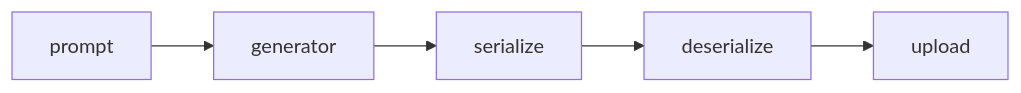
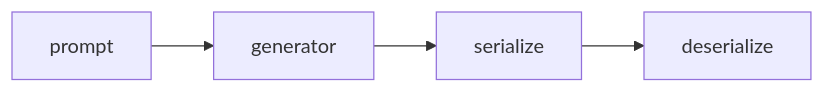
The diagram in README.md (mrVanDalo/nixos-artifacts), drawn with Mermaid before and after one commit. The commit also changed other lines of this file and 5 other files, not shown here.

````diff
--- a/README.md
+++ b/README.md
@@ -3,7 +3,6 @@
 ```mermaid
 graph LR
     A[prompt] --> B[generator]
     B --> C[serialize]
     C --> D[deserialize]
-    D --> E[upload]
 ```
````
